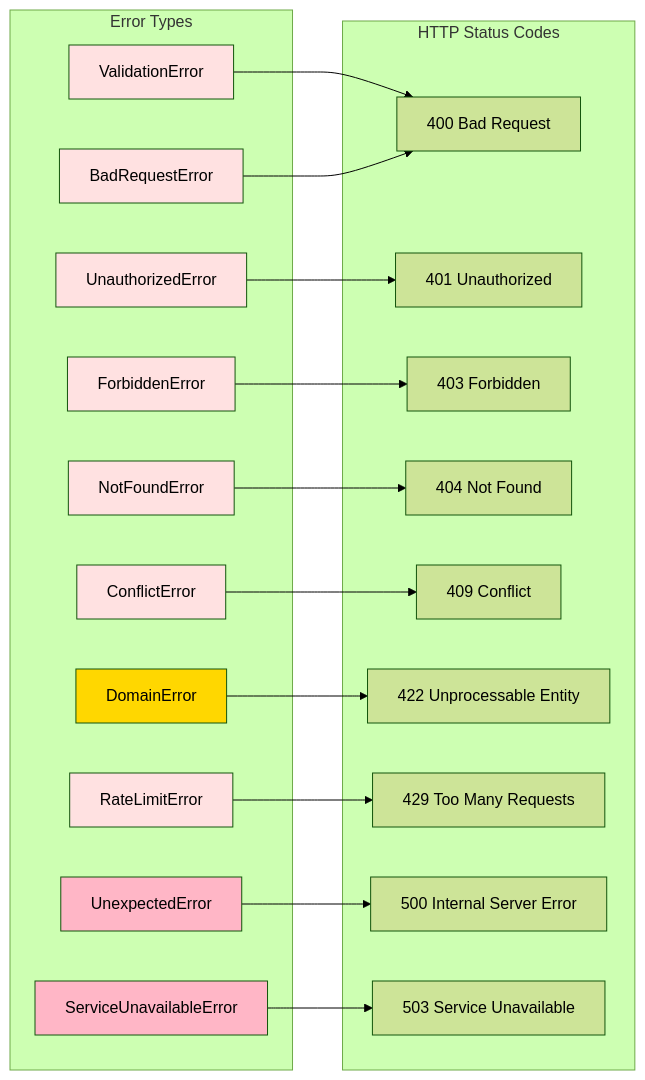
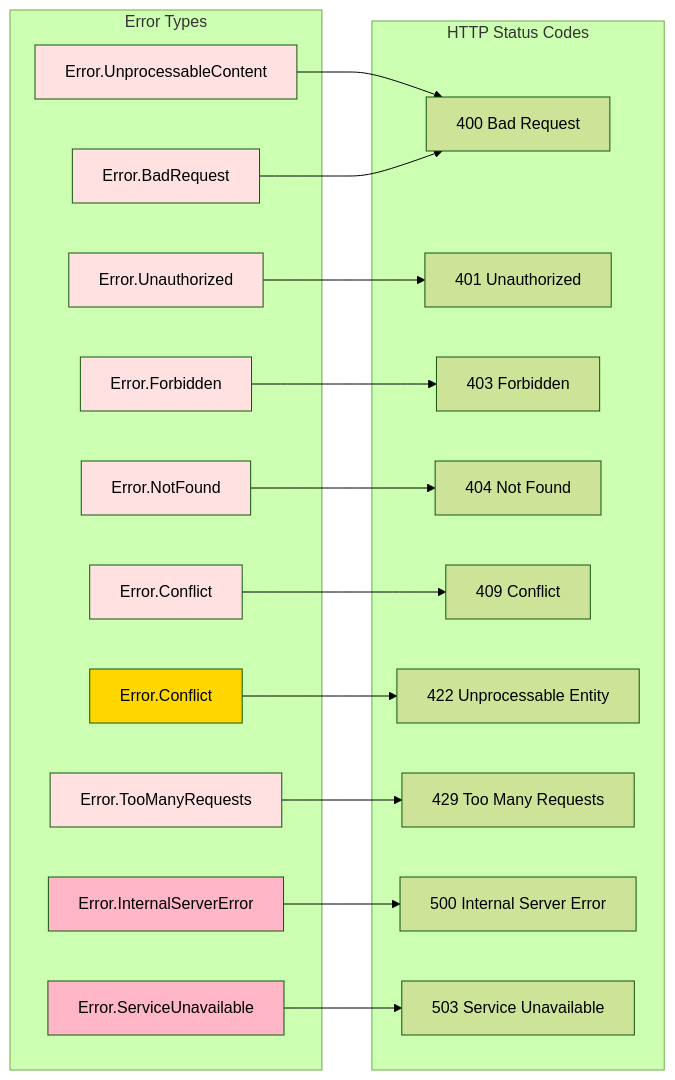
One commit to xavierjohn/Trellis changed the tenth of 18 diagrams in docs/DIAGRAMS.md. Above: the diagram before and after it, drawn with Mermaid (forest theme). The commit also changed other lines of this file and 401 other files, not shown here.

````diff
--- a/docs/DIAGRAMS.md
+++ b/docs/DIAGRAMS.md
@@ -376,39 +376,39 @@
 ```mermaid
 graph LR
     subgraph Errors["Error Types"]
-        VAL[ValidationError]
-        BAD[BadRequestError]
-        UNAUTH[UnauthorizedError]
-        FORBID[ForbiddenError]
-        NOTFOUND[NotFoundError]
-        CONFLICT[ConflictError]
-        DOMAIN[DomainError]
-        RATE[RateLimitError]
-        UNEXP[UnexpectedError]
-        UNAVAIL[ServiceUnavailableError]
+        VAL[Error.UnprocessableContent]
+        BAD[Error.BadRequest]
+        UNAUTH[Error.Unauthorized]
+        FORBID[Error.Forbidden]
+        NOTFOUND[Error.NotFound]
+        CONFLICT[Error.Conflict]
+        DOMAIN[Error.Conflict]
+        RATE[Error.TooManyRequests]
+        UNEXP[Error.InternalServerError]
+        UNAVAIL[Error.ServiceUnavailable]
     end
     
     subgraph HTTP["HTTP Status Codes"]
         VAL --> H400[400 Bad Request]
         BAD --> H400
         UNAUTH --> H401[401 Unauthorized]
         FORBID --> H403[403 Forbidden]
         NOTFOUND --> H404[404 Not Found]
         CONFLICT --> H409[409 Conflict]
         DOMAIN --> H422[422 Unprocessable Entity]
         RATE --> H429[429 Too Many Requests]
         UNEXP --> H500[500 Internal Server Error]
         UNAVAIL --> H503[503 Service Unavailable]
     end
     
     style VAL fill:#FFE1E1
     style BAD fill:#FFE1E1
     style UNAUTH fill:#FFE1E1
     style FORBID fill:#FFE1E1
     style NOTFOUND fill:#FFE1E1
     style CONFLICT fill:#FFE1E1
     style DOMAIN fill:#FFD700
     style RATE fill:#FFE1E1
     style UNEXP fill:#FFB6C6
     style UNAVAIL fill:#FFB6C6
 ```
````
